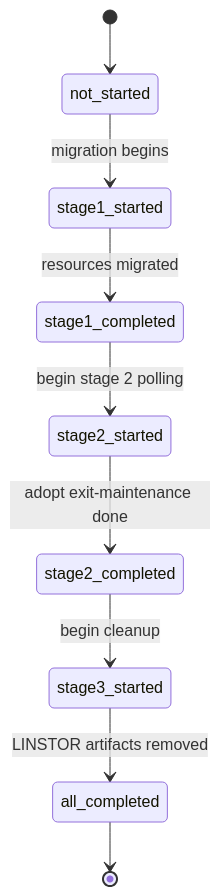
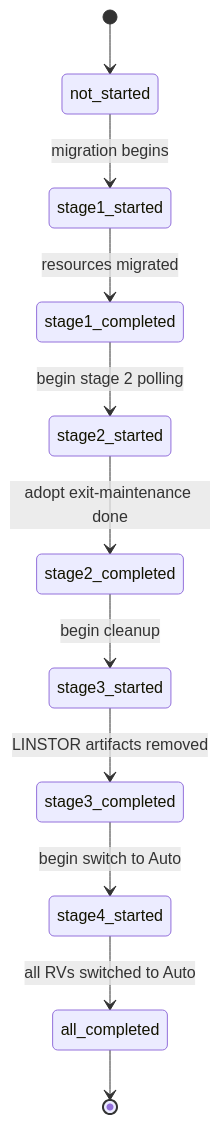
Before and after one commit to deckhouse/sds-replicated-volume: the first of 2 diagrams in images/linstor-migrator/README.md, drawn with Mermaid. The commit also changed other lines of this file and 16 other files, not shown here.

First line of the commit message:
[linstor-migrator] Add stage 4 to switch ReplicatedVolumes to Auto configuration

````diff
--- a/images/linstor-migrator/README.md
+++ b/images/linstor-migrator/README.md
@@ -31,11 +34,13 @@
 ```mermaid
 stateDiagram-v2
     [*] --> not_started
     not_started --> stage1_started : migration begins
     stage1_started --> stage1_completed : resources migrated
     stage1_completed --> stage2_started : begin stage 2 polling
     stage2_started --> stage2_completed : adopt exit-maintenance done
     stage2_completed --> stage3_started : begin cleanup
-    stage3_started --> all_completed : LINSTOR artifacts removed
+    stage3_started --> stage3_completed : LINSTOR artifacts removed
+    stage3_completed --> stage4_started : begin switch to Auto
+    stage4_started --> all_completed : all RVs switched to Auto
     all_completed --> [*]
 ```
````
